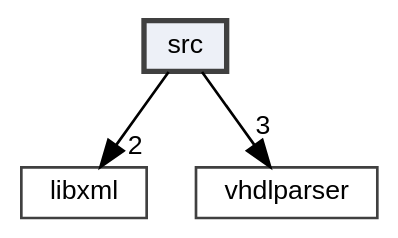
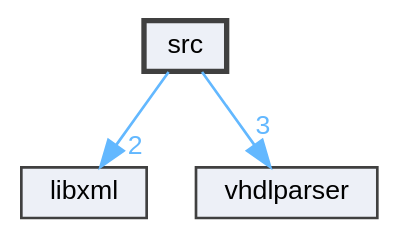
Before and after one commit to tim-gromeyer/doxygen: the diagram in dir_68267d1309a1af8e8297ef4c3efbcdba_dep.dot, drawn with Graphviz. The commit also changed 2541 other files, not shown here.

```diff
--- a/dir_68267d1309a1af8e8297ef4c3efbcdba_dep.dot
+++ b/dir_68267d1309a1af8e8297ef4c3efbcdba_dep.dot
@@ -1,14 +1,14 @@
 digraph "src"
 {
  // INTERACTIVE_SVG=YES
  // LATEX_PDF_SIZE
   bgcolor="transparent";
   edge [fontname=Helvetica,fontsize=10,labelfontname=Helvetica,labelfontsize=10];
   node [fontname=Helvetica,fontsize=10,shape=box,height=0.2,width=0.4];
   compound=true
-  dir_68267d1309a1af8e8297ef4c3efbcdba [label="src", fillcolor="#edf0f7", color="grey25", style="filled,bold,", URL="dir_68267d1309a1af8e8297ef4c3efbcdba.html",tooltip=""];
-  dir_22a14ce9b939c27d3887fa5d85db7abb [label="libxml", fillcolor="#edf0f7", color="grey25", style="", URL="dir_22a14ce9b939c27d3887fa5d85db7abb.html",tooltip=""];
-  dir_534aeb5b2351b2c83787cc7391511c04 [label="vhdlparser", fillcolor="#edf0f7", color="grey25", style="", URL="dir_534aeb5b2351b2c83787cc7391511c04.html",tooltip=""];
-  dir_68267d1309a1af8e8297ef4c3efbcdba->dir_22a14ce9b939c27d3887fa5d85db7abb [headlabel="2", labeldistance=1.5 headhref="dir_000001_000000.html"];
-  dir_68267d1309a1af8e8297ef4c3efbcdba->dir_534aeb5b2351b2c83787cc7391511c04 [headlabel="3", labeldistance=1.5 headhref="dir_000001_000002.html"];
+  dir_68267d1309a1af8e8297ef4c3efbcdba [label="src", fillcolor="#edf0f7", color="grey25", style="filled,bold", URL="dir_68267d1309a1af8e8297ef4c3efbcdba.html",tooltip=""];
+  dir_22a14ce9b939c27d3887fa5d85db7abb [label="libxml", fillcolor="#edf0f7", color="grey25", style="filled", URL="dir_22a14ce9b939c27d3887fa5d85db7abb.html",tooltip=""];
+  dir_534aeb5b2351b2c83787cc7391511c04 [label="vhdlparser", fillcolor="#edf0f7", color="grey25", style="filled", URL="dir_534aeb5b2351b2c83787cc7391511c04.html",tooltip=""];
+  dir_68267d1309a1af8e8297ef4c3efbcdba->dir_22a14ce9b939c27d3887fa5d85db7abb [headlabel="2", labeldistance=1.5 headhref="dir_000001_000000.html" color="steelblue1" fontcolor="steelblue1"];
+  dir_68267d1309a1af8e8297ef4c3efbcdba->dir_534aeb5b2351b2c83787cc7391511c04 [headlabel="3", labeldistance=1.5 headhref="dir_000001_000002.html" color="steelblue1" fontcolor="steelblue1"];
 }
```
